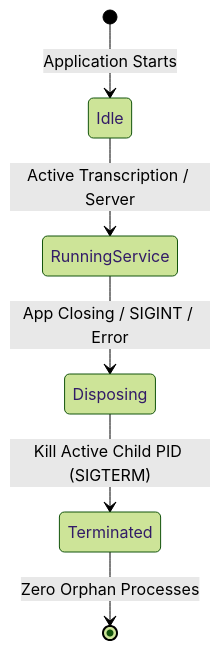
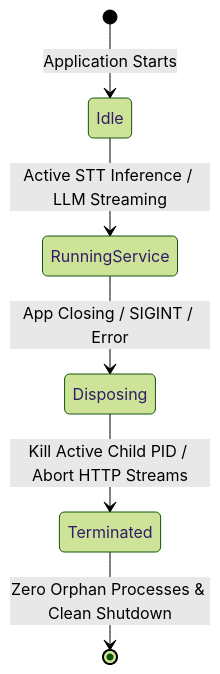
The third of 3 diagrams in docs/ARCHITECTURE.md (AbhiJeetSoni22/Local-AI-Conversation-Assistant), drawn with Mermaid (forest theme) before and after one commit. The commit also changed other lines of this file and 22 other files, not shown here.

Commit message:
feat: integrate Ollama local LLM streaming service and documentation

````diff
--- a/docs/ARCHITECTURE.md
+++ b/docs/ARCHITECTURE.md
@@ -196,8 +188,8 @@
 ```mermaid
 stateDiagram-v2
     [*] --> Idle: Application Starts
-    Idle --> RunningService: Active Transcription / Server
+    Idle --> RunningService: Active STT Inference / LLM Streaming
     RunningService --> Disposing: App Closing / SIGINT / Error
-    Disposing --> Terminated: Kill Active Child PID (SIGTERM)
-    Terminated --> [*]: Zero Orphan Processes
+    Disposing --> Terminated: Kill Active Child PID / Abort HTTP Streams
+    Terminated --> [*]: Zero Orphan Processes & Clean Shutdown
 ```
````
